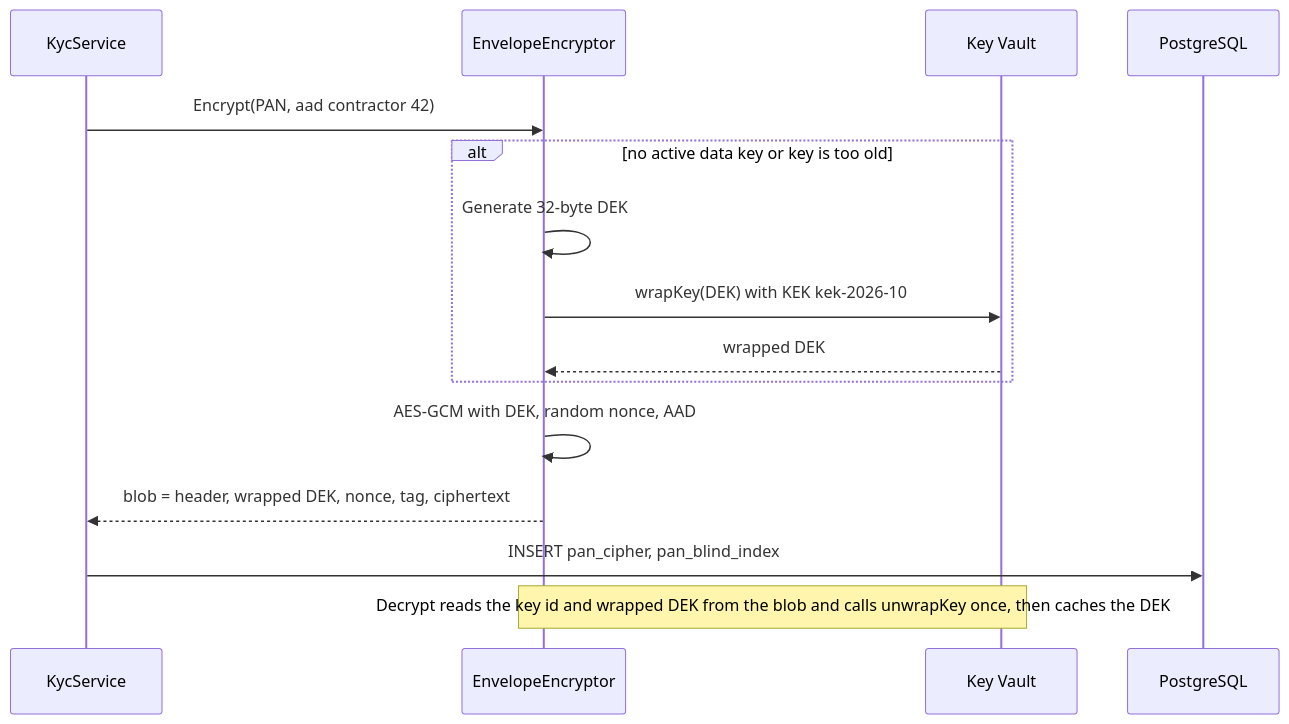
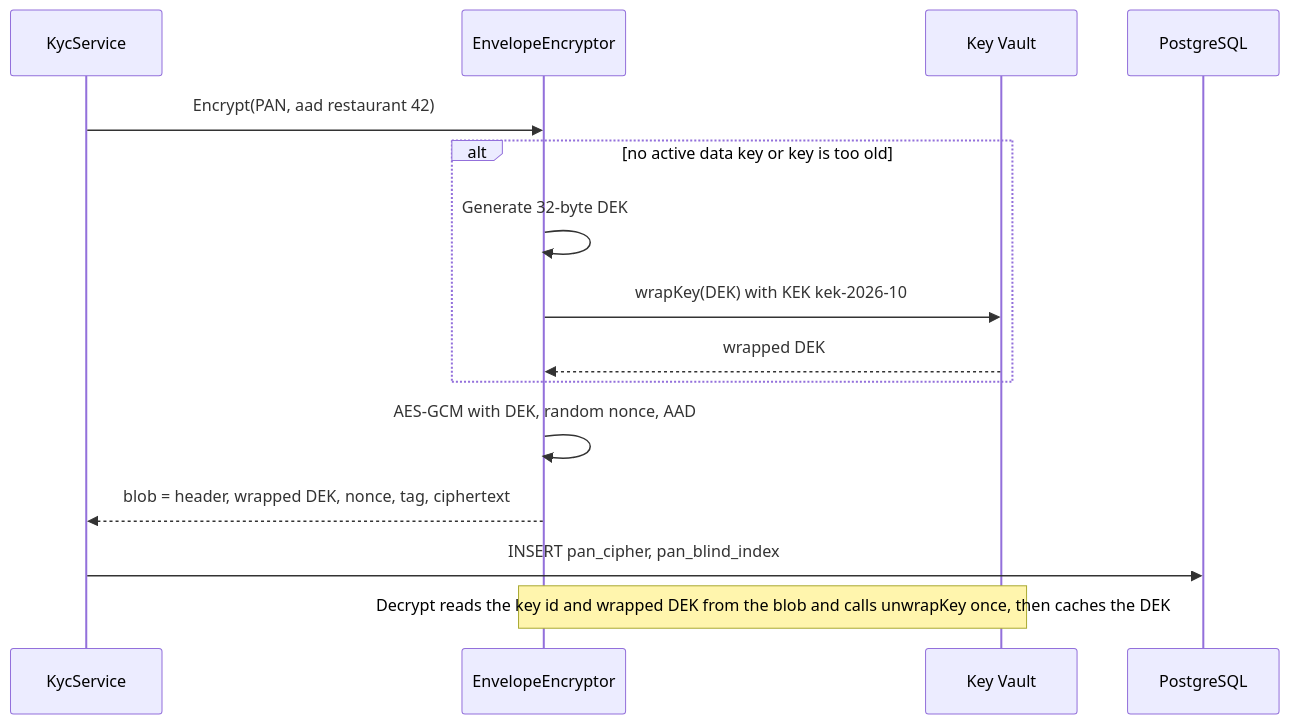
The third of 3 diagrams in content/lessons/m14/m14-tls-encryption.md (rizwi0786/system-design-lab), drawn with Mermaid before and after one commit. The commit also changed other lines of this file and 334 other files, not shown here.

````diff
--- a/content/lessons/m14/m14-tls-encryption.md
+++ b/content/lessons/m14/m14-tls-encryption.md
@@ -209,17 +209,17 @@
 ```mermaid
 sequenceDiagram
     participant App as KycService
     participant Enc as EnvelopeEncryptor
     participant KV as Key Vault
     participant DB as PostgreSQL
-    App->>Enc: Encrypt(PAN, aad contractor 42)
+    App->>Enc: Encrypt(PAN, aad restaurant 42)
     alt no active data key or key is too old
         Enc->>Enc: Generate 32-byte DEK
         Enc->>KV: wrapKey(DEK) with KEK kek-2026-10
         KV-->>Enc: wrapped DEK
     end
     Enc->>Enc: AES-GCM with DEK, random nonce, AAD
     Enc-->>App: blob = header, wrapped DEK, nonce, tag, ciphertext
     App->>DB: INSERT pan_cipher, pan_blind_index
     Note over Enc,KV: Decrypt reads the key id and wrapped DEK from the blob and calls unwrapKey once, then caches the DEK
 ```
````
